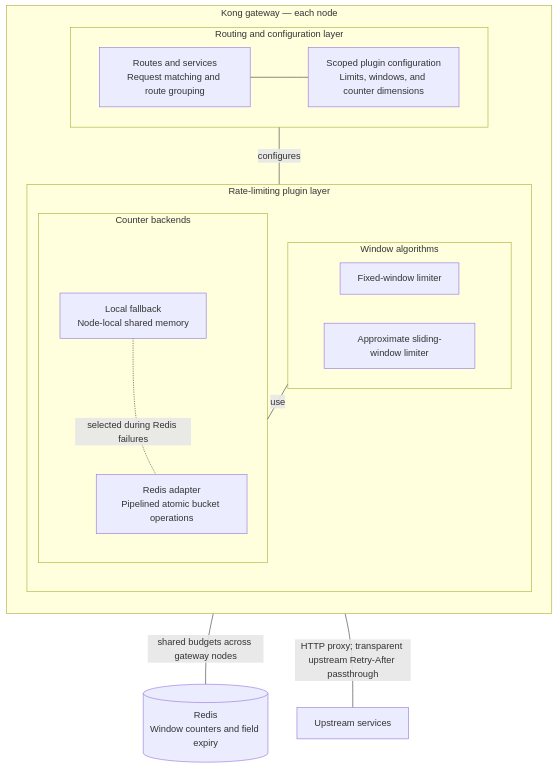
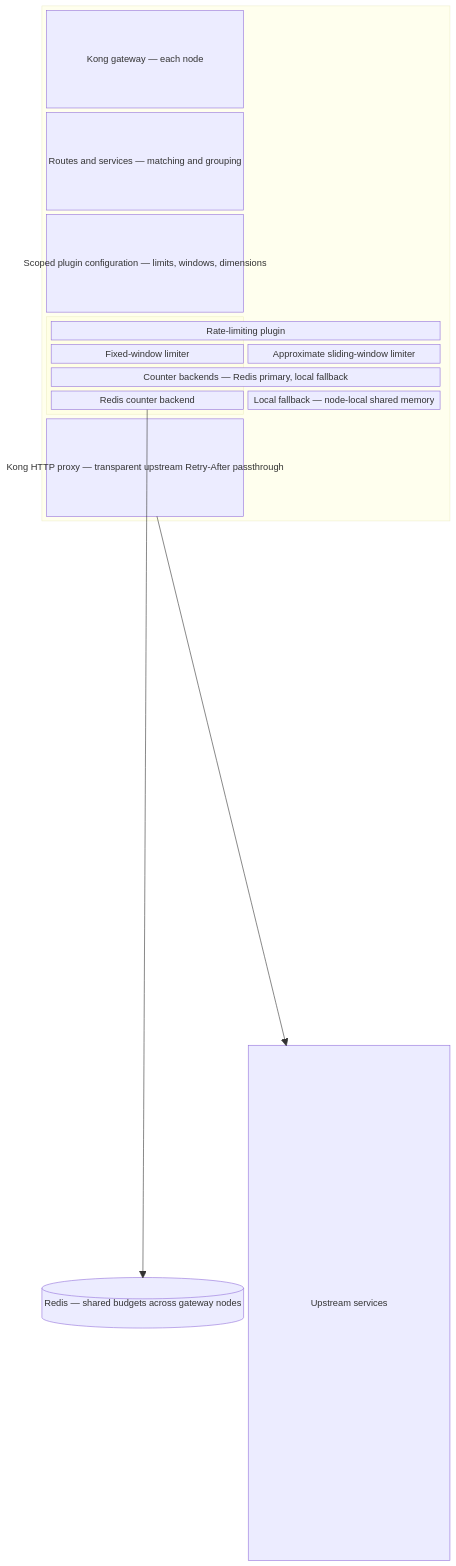
The diagram in design.md (LindaSummer/kong-rate-limit-plugin), drawn with Mermaid before and after one commit.

Commit message:
Use a Mermaid block diagram for the limiter architecture

````diff
--- a/design.md
+++ b/design.md
@@ -32,30 +32,28 @@
 ```mermaid
-graph TB
-    subgraph Gateway["Kong gateway — each node"]
-        direction TB
-        subgraph Routing["Routing and configuration layer"]
-            Routes["Routes and services<br/>Request matching and route grouping"]
-            Config["Scoped plugin configuration<br/>Limits, windows, and counter dimensions"]
-            Routes --- Config
+block-beta
+    columns 2
+
+    block:Gateway:2
+        columns 2
+        Kong["Kong gateway — each node"]:2
+        Routing["Routes and services — matching and grouping"]:2
+        Config["Scoped plugin configuration — limits, windows, dimensions"]:2
+
+        block:Plugin:2
+            columns 2
+            PluginTitle["Rate-limiting plugin"]:2
+            Fixed["Fixed-window limiter"] Sliding["Approximate sliding-window limiter"]
+            Backends["Counter backends — Redis primary, local fallback"]:2
+            RedisAdapter["Redis counter backend"] Local["Local fallback — node-local shared memory"]
         end
 
-        subgraph Plugin["Rate-limiting plugin layer"]
-            direction TB
-            subgraph Algorithms["Window algorithms"]
-                Fixed["Fixed-window limiter"]
-                Sliding["Approximate sliding-window limiter"]
-            end
-            subgraph Backends["Counter backends"]
-                RedisAdapter["Redis adapter<br/>Pipelined atomic bucket operations"]
-                Local["Local fallback<br/>Node-local shared memory"]
-            end
-            Algorithms ---|"use"| Backends
-        end
-
-        Routing ---|"configures"| Plugin
+        Proxy["Kong HTTP proxy — transparent upstream Retry-After passthrough"]:2
     end
 
-    RedisAdapter ---|"shared budgets across gateway nodes"| Redis[("Redis<br/>Window counters and field expiry")]
-    Local -.-|"selected during Redis failures"| RedisAdapter
-    Gateway ---|"HTTP proxy; transparent upstream Retry-After passthrough"| Upstream["Upstream services"]
+    space:2
+    Redis[("Redis — shared budgets across gateway nodes")]
+    Upstream["Upstream services"]
+
+    RedisAdapter --> Redis
+    Proxy --> Upstream
 ```
````
